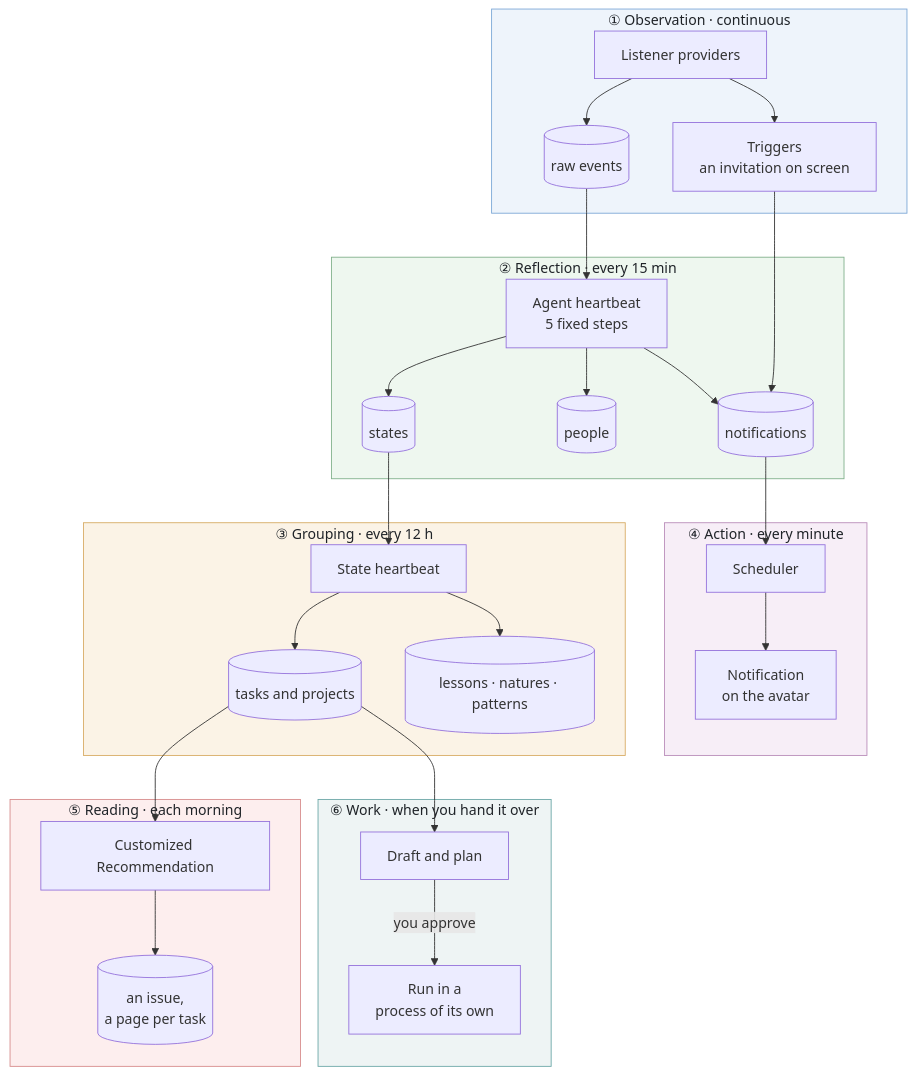
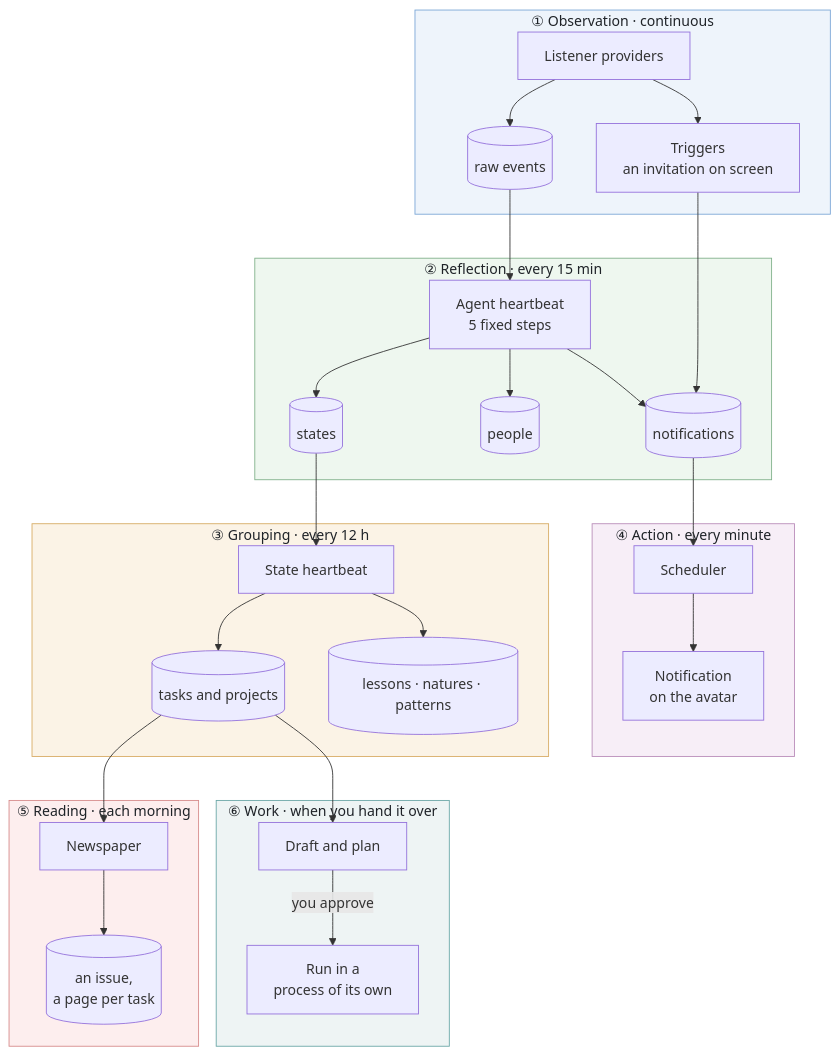
One commit to fhbzc/Personal-Agent-WaterMelon changed the first of 6 diagrams in DESIGN.md. Above: the diagram before and after it, drawn with Mermaid. The commit also changed other lines of this file and 169 other files, not shown here.

````diff
--- a/DESIGN.md
+++ b/DESIGN.md
@@ -21,44 +21,44 @@
 ```mermaid
 flowchart TB
     subgraph L1["① Observation · continuous"]
         A1[Listener providers] --> A2[(raw events)]
         A1 --> T1[Triggers<br/>an invitation on screen]
     end
 
     subgraph L2["② Reflection · every 15 min"]
         B1[Agent heartbeat<br/>5 fixed steps] --> B2[(states)]
         B1 --> B3[(people)]
         B1 --> B4[(notifications)]
     end
 
     subgraph L3["③ Grouping · every 12 h"]
         C1[State heartbeat] --> C2[(tasks and projects)]
         C1 --> C3[(lessons · natures · patterns)]
     end
 
     subgraph L4["④ Action · every minute"]
         D1[Scheduler] --> D2[Notification<br/>on the avatar]
     end
 
     subgraph L5["⑤ Reading · each morning"]
-        R1[Customized Recommendation] --> R2[(an issue,<br/>a page per task)]
+        R1[Newspaper] --> R2[(an issue,<br/>a page per task)]
     end
 
     subgraph L6["⑥ Work · when you hand it over"]
         W1[Draft and plan] -->|you approve| W2[Run in a<br/>process of its own]
     end
 
     A2 --> B1
     T1 --> B4
     B2 --> C1
     B4 --> D1
     C2 --> R1
     C2 --> W1
 
     style L1 fill:#eef4fb,stroke:#7aa6d6,color:#1f2328
     style L2 fill:#eef7ef,stroke:#7fb08a,color:#1f2328
     style L3 fill:#fbf3e6,stroke:#d7ab63,color:#1f2328
     style L4 fill:#f7eef7,stroke:#b98cb9,color:#1f2328
     style L5 fill:#fdeeee,stroke:#d68a8a,color:#1f2328
     style L6 fill:#eef4f4,stroke:#6aa6a6,color:#1f2328
 ```
````
